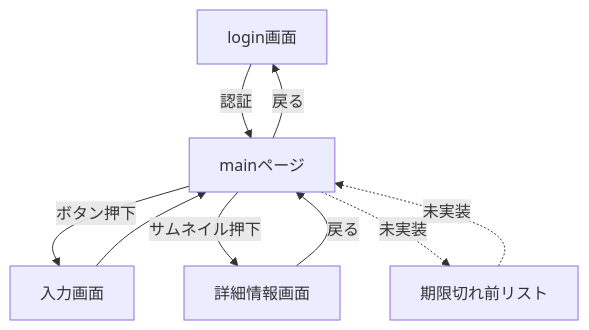
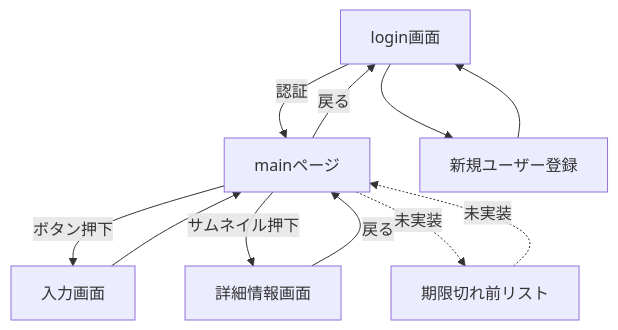
One commit to TakahashiTatsuhiro/Lenzzzz_backend changed the first of 3 diagrams in README.md. Above: the diagram before and after it, drawn with Mermaid. The commit also changed other lines of this file, not shown here.

````diff
--- a/README.md
+++ b/README.md
@@ -110,9 +110,10 @@
 ```mermaid
 graph TD
 
 0[login画面]-->|認証|1[mainページ]-->|ボタン押下|2[入力画面]-->1-->|戻る|0
+0-->A[新規ユーザー登録]-->0
 1-->|サムネイル押下|3[詳細情報画面]-->|戻る|1
 1-.->|未実装|4[期限切れ前リスト]-.->|未実装|1
 
 
 ```
````
